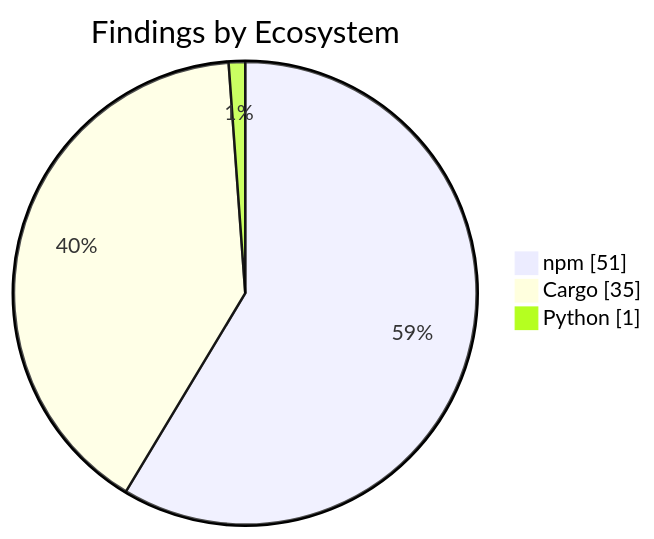
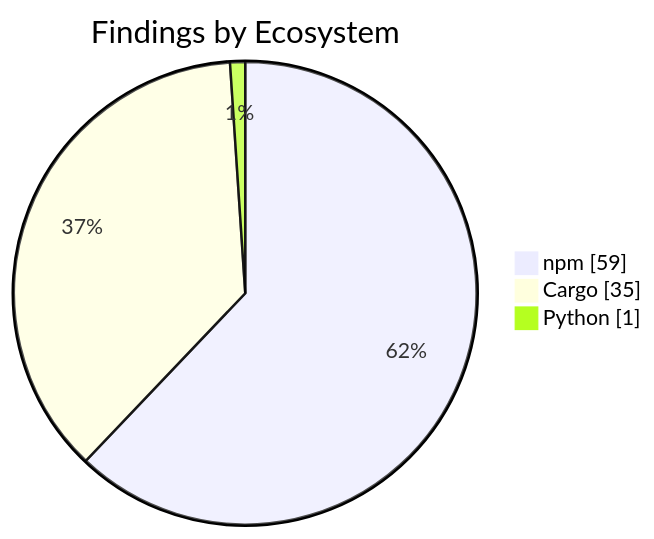
One commit to KBVE/kbve changed the second of 2 diagrams in apps/kbve/astro-kbve/src/content/docs/dashboard/security.mdx. Above: the diagram before and after it, drawn with Mermaid. The commit also changed other lines of this file and 7 other files, not shown here.

````diff
--- a/apps/kbve/astro-kbve/src/content/docs/dashboard/security.mdx
+++ b/apps/kbve/astro-kbve/src/content/docs/dashboard/security.mdx
@@ -73,7 +73,7 @@
 ```mermaid
 pie showData
     title Findings by Ecosystem
-    "npm" : 51
+    "npm" : 59
     "Cargo" : 35
     "Python" : 1
 ```
````
